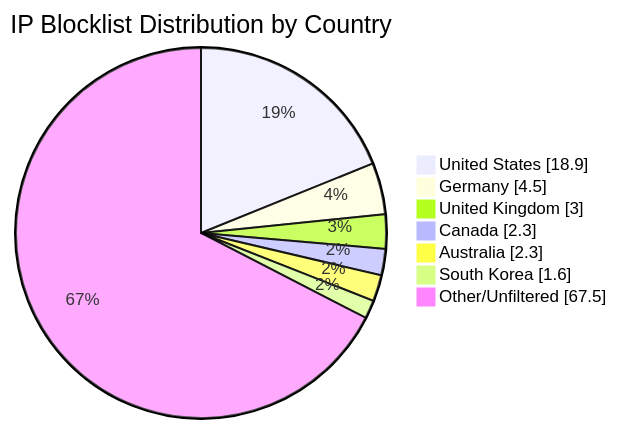
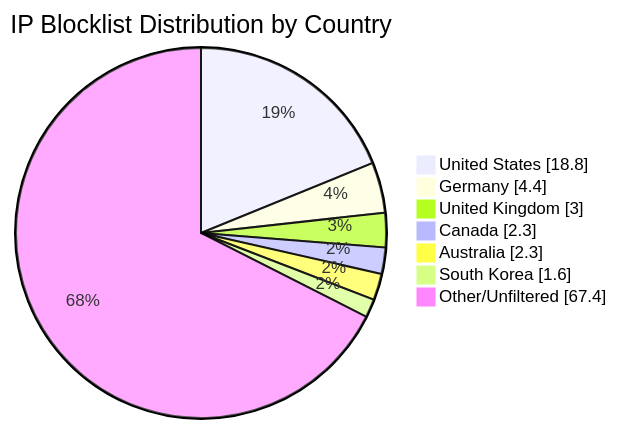
One commit to MarcusHoltz/ipblocklist-geofiltered-aggregator changed the diagram in README.md. Above: the diagram before and after it, drawn with Mermaid. The commit also changed other lines of this file and 9 other files, not shown here.

````diff
--- a/README.md
+++ b/README.md
@@ -34,10 +34,10 @@
 ```mermaid
 pie showData title IP Blocklist Distribution by Country
-"United States" : 18.9
-"Germany" : 4.5
+"United States" : 18.8
+"Germany" : 4.4
 "United Kingdom" : 3.0
 "Canada" : 2.3
 "Australia" : 2.3
 "South Korea" : 1.6
-"Other/Unfiltered" : 67.5
+"Other/Unfiltered" : 67.4
 ```
````
